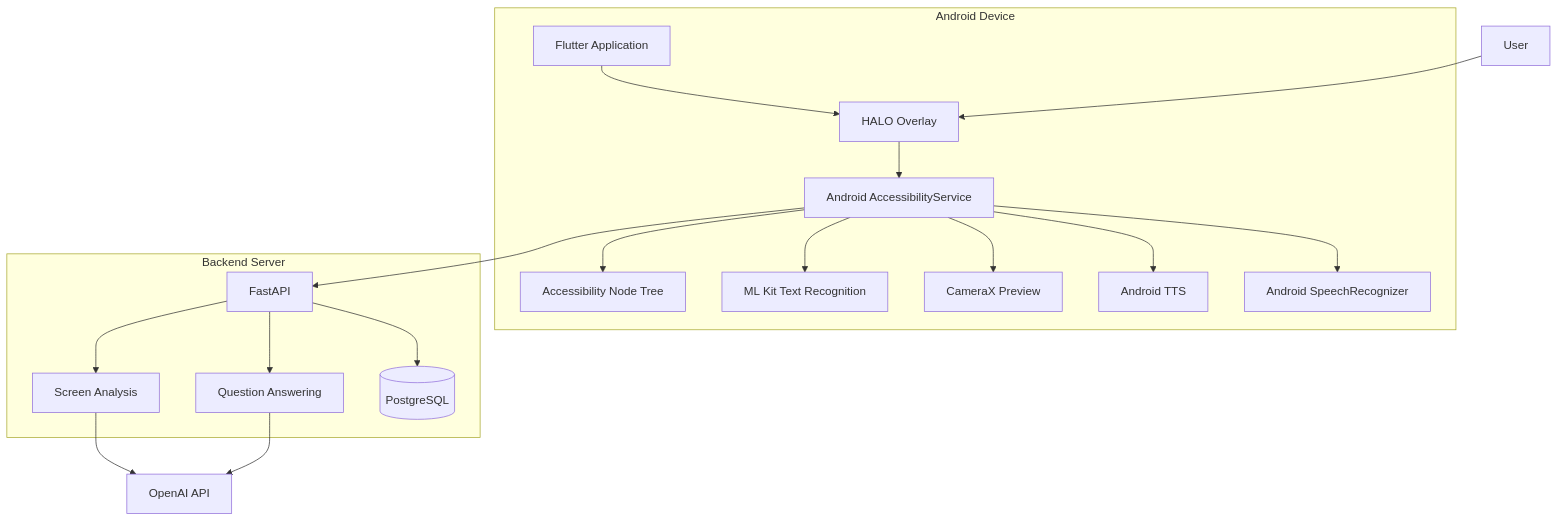
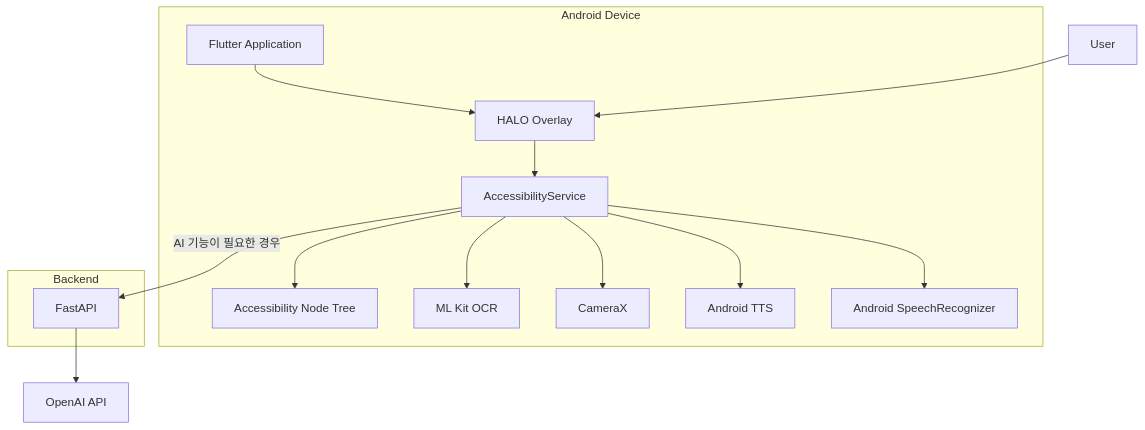
Before and after one commit to yesanghyeong/halovision: the first of 2 diagrams in README.md, drawn with Mermaid. The commit also changed other lines of this file, not shown here.

Commit message:
docs: update HaloVision V3 README

````diff
--- a/README.md
+++ b/README.md
@@ -167,47 +108,33 @@
 ```mermaid
 flowchart TB
+    U[User]
 
-    USER["User"]
+    subgraph DEVICE[Android Device]
+        F[Flutter Application]
+        H[HALO Overlay]
+        A[AccessibilityService]
+        N[Accessibility Node Tree]
+        O[ML Kit OCR]
+        C[CameraX]
+        T[Android TTS]
+        S[Android SpeechRecognizer]
 
-    subgraph ANDROID["Android Device"]
-        FLUTTER["Flutter Application"]
-        HALO["HALO Overlay"]
-        SERVICE["Android AccessibilityService"]
-
-        NODE["Accessibility Node Tree"]
-        OCR["ML Kit Text Recognition"]
-        CAMERA["CameraX Preview"]
-        TTS["Android TTS"]
-        STT["Android SpeechRecognizer"]
-
-        FLUTTER --> HALO
-        HALO --> SERVICE
-
-        SERVICE --> NODE
-        SERVICE --> OCR
-        SERVICE --> CAMERA
-        SERVICE --> TTS
-        SERVICE --> STT
+        F --> H
+        H --> A
+        A --> N
+        A --> O
+        A --> C
+        A --> T
+        A --> S
     end
 
-    subgraph BACKEND["Backend Server"]
-        FASTAPI["FastAPI"]
-        ANALYSIS["Screen Analysis"]
-        QUESTION["Question Answering"]
-        DATABASE[("PostgreSQL")]
+    subgraph SERVER[Backend]
+        API[FastAPI]
     end
 
-    OPENAI["OpenAI API"]
+    AI[OpenAI API]
 
-    USER --> HALO
-
-    SERVICE --> FASTAPI
-
-    FASTAPI --> ANALYSIS
-    FASTAPI --> QUESTION
-
-    ANALYSIS --> OPENAI
-    QUESTION --> OPENAI
-
-    FASTAPI --> DATABASE
+    U --> H
+    A -->|AI 기능이 필요한 경우| API
+    API --> AI
 ```
````
